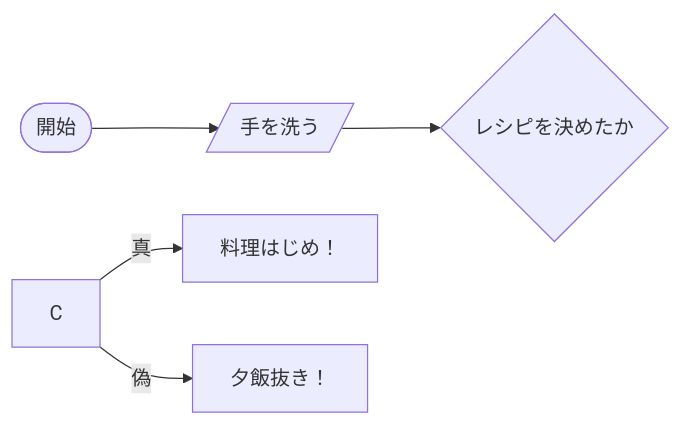
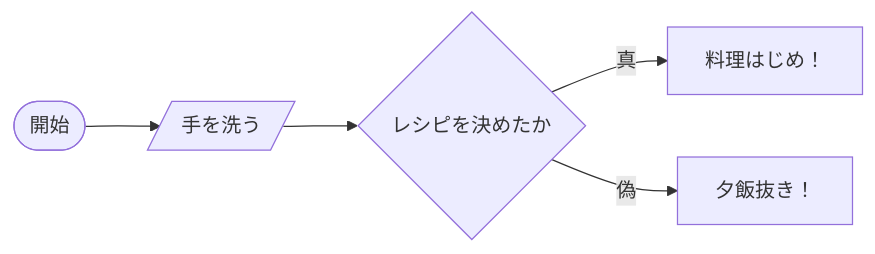
Before and after one commit to tpu-game-2023/mermaid_test: the first of 3 diagrams in README.md, drawn with Mermaid.

Commit message:
エラー修正

````diff
--- a/README.md
+++ b/README.md
@@ -20,8 +20,8 @@
 ```mermaid
 flowchart LR;
   A([開始]) --> B[/手を洗う/];
-  B --> c{レシピを決めたか};
+  B --> C{レシピを決めたか};
   C -- 真 --> D[料理はじめ！];
   C -- 偽 --> E[夕飯抜き！];
 
 ```
````
